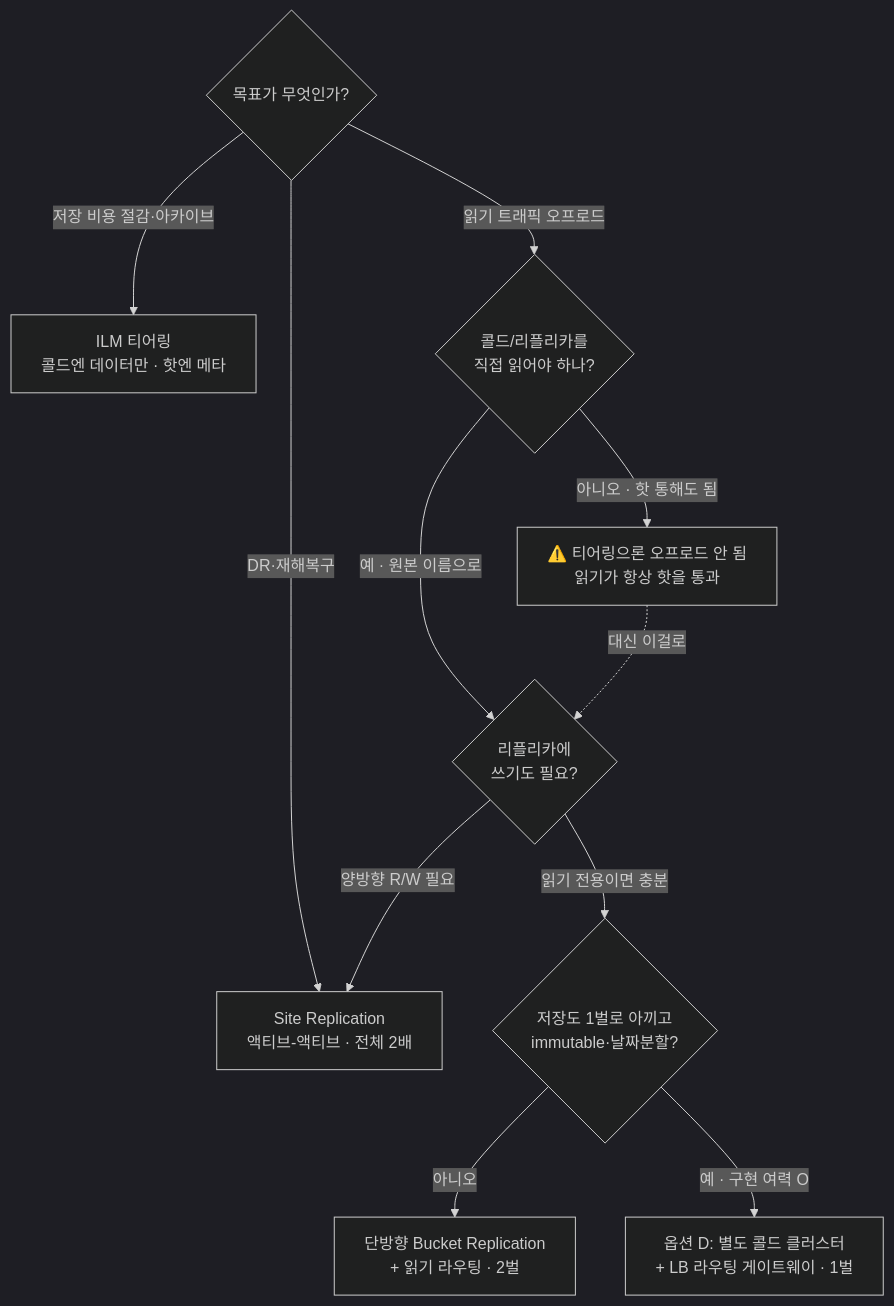
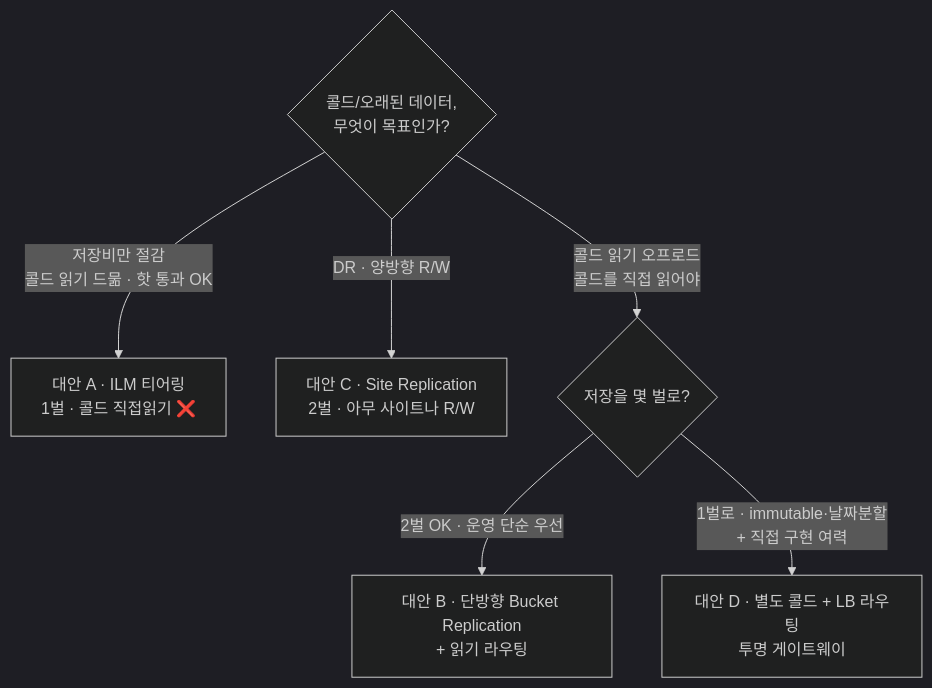
One commit to taengkim/taengkim.github.io changed the fourth of 4 diagrams in _posts/2026-08-03-minio-read-offload-replication.md. Above: the diagram before and after it, drawn with Mermaid (dark theme). The commit also changed other lines of this file, not shown here.

````diff
--- a/_posts/2026-08-03-minio-read-offload-replication.md
+++ b/_posts/2026-08-03-minio-read-offload-replication.md
@@ -192,18 +190,10 @@
 ```mermaid
 flowchart TD
-    Q0{"목표가 무엇인가?"}
-    Q0 -->|"저장 비용 절감·아카이브"| T["ILM 티어링<br/>콜드엔 데이터만 · 핫엔 메타"]
-    Q0 -->|"DR·재해복구"| SR["Site Replication<br/>액티브-액티브 · 전체 2배"]
-    Q0 -->|"읽기 트래픽 오프로드"| Q1{"콜드/리플리카를<br/>직접 읽어야 하나?"}
+    Q0{"콜드/오래된 데이터,<br/>무엇이 목표인가?"}
+    Q0 -->|"저장비만 절감<br/>콜드 읽기 드묾 · 핫 통과 OK"| A["대안 A · ILM 티어링<br/>1벌 · 콜드 직접읽기 ❌"]
+    Q0 -->|"DR · 양방향 R/W"| C["대안 C · Site Replication<br/>2벌 · 아무 사이트나 R/W"]
+    Q0 -->|"콜드 읽기 오프로드<br/>콜드를 직접 읽어야"| Q1{"저장을 몇 벌로?"}
 
-    Q1 -->|"아니오 · 핫 통해도 됨"| WARN["⚠️ 티어링으론 오프로드 안 됨<br/>읽기가 항상 핫을 통과"]
-    Q1 -->|"예 · 원본 이름으로"| Q2{"리플리카에<br/>쓰기도 필요?"}
-
-    Q2 -->|"양방향 R/W 필요"| SR
-    Q2 -->|"읽기 전용이면 충분"| Q3{"저장도 1벌로 아끼고<br/>immutable·날짜분할?"}
-
-    Q3 -->|"아니오"| BR["단방향 Bucket Replication<br/>+ 읽기 라우팅 · 2벌"]
-    Q3 -->|"예 · 구현 여력 O"| D["옵션 D: 별도 콜드 클러스터<br/>+ LB 라우팅 게이트웨이 · 1벌"]
-
-    WARN -.->|"대신 이걸로"| Q2
+    Q1 -->|"2벌 OK · 운영 단순 우선"| B["대안 B · 단방향 Bucket Replication<br/>+ 읽기 라우팅"]
+    Q1 -->|"1벌로 · immutable·날짜분할<br/>+ 직접 구현 여력"| D["대안 D · 별도 콜드 + LB 라우팅<br/>투명 게이트웨이"]
 ```
````
